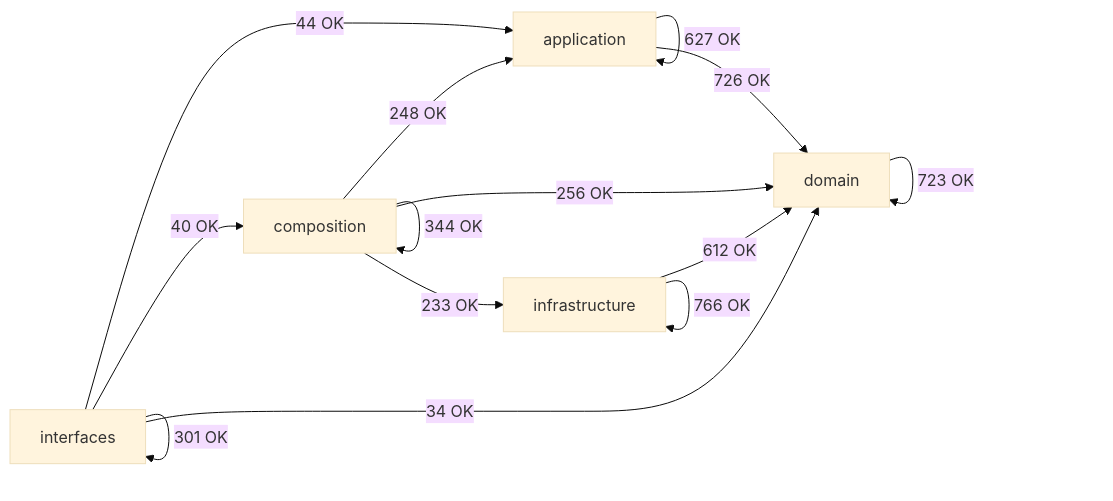
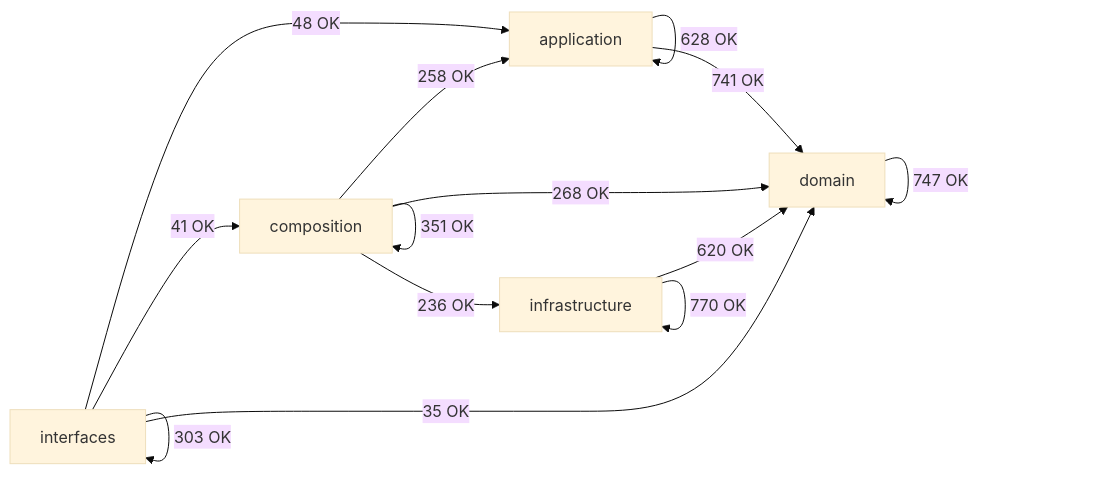
Before and after one commit to SatoryKono/BioactivityDataAcquisition: the diagram in docs/02-architecture/generated/module-dependency-map.md, drawn with Mermaid (base theme). The commit also changed other lines of this file and 114 other files, not shown here.

````diff
--- a/docs/02-architecture/generated/module-dependency-map.md
+++ b/docs/02-architecture/generated/module-dependency-map.md
@@ -17,21 +17,21 @@
 ```mermaid
 flowchart LR
     domain[domain]
     application[application]
     infrastructure[infrastructure]
     composition[composition]
     interfaces[interfaces]
-    application -->|627 OK| application
-    application -->|726 OK| domain
-    composition -->|248 OK| application
-    composition -->|344 OK| composition
-    composition -->|256 OK| domain
-    composition -->|233 OK| infrastructure
-    domain -->|723 OK| domain
-    infrastructure -->|612 OK| domain
-    infrastructure -->|766 OK| infrastructure
-    interfaces -->|44 OK| application
-    interfaces -->|40 OK| composition
-    interfaces -->|34 OK| domain
-    interfaces -->|301 OK| interfaces
+    application -->|628 OK| application
+    application -->|741 OK| domain
+    composition -->|258 OK| application
+    composition -->|351 OK| composition
+    composition -->|268 OK| domain
+    composition -->|236 OK| infrastructure
+    domain -->|747 OK| domain
+    infrastructure -->|620 OK| domain
+    infrastructure -->|770 OK| infrastructure
+    interfaces -->|48 OK| application
+    interfaces -->|41 OK| composition
+    interfaces -->|35 OK| domain
+    interfaces -->|303 OK| interfaces
 ```
````
